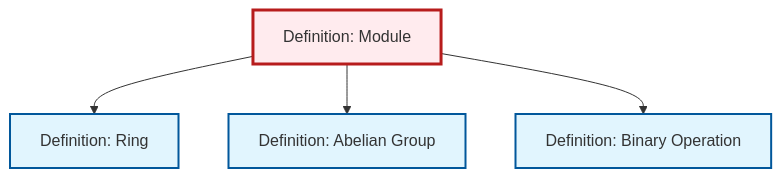
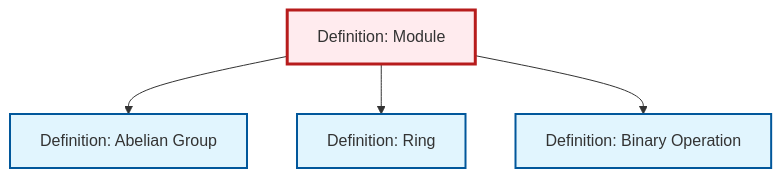
The diagram in output/mermaid/def-module.mermaid (RK0429/ModernMath), drawn with Mermaid before and after one commit. The commit also changed other lines of this file and 654 other files, not shown here.

```diff
--- a/output/mermaid/def-module.mermaid
+++ b/output/mermaid/def-module.mermaid
@@ -1,15 +1,15 @@
 %%| fig-cap: "Local dependency graph"
 graph TD
     classDef definition fill:#e1f5fe,stroke:#01579b,stroke-width:2px
     classDef theorem fill:#f3e5f5,stroke:#4a148c,stroke-width:2px
     classDef axiom fill:#fff3e0,stroke:#e65100,stroke-width:2px
     classDef example fill:#e8f5e9,stroke:#1b5e20,stroke-width:2px
     classDef current fill:#ffebee,stroke:#b71c1c,stroke-width:3px
-    def-module["Definition: Module"]:::definition
+    def-ring["Definition: Ring"]:::definition
     def-abelian-group["Definition: Abelian Group"]:::definition
     def-binary-operation["Definition: Binary Operation"]:::definition
-    def-ring["Definition: Ring"]:::definition
+    def-module["Definition: Module"]:::definition
+    def-module --> def-abelian-group
     def-module --> def-ring
-    def-module --> def-abelian-group
     def-module --> def-binary-operation
     class def-module current
```
